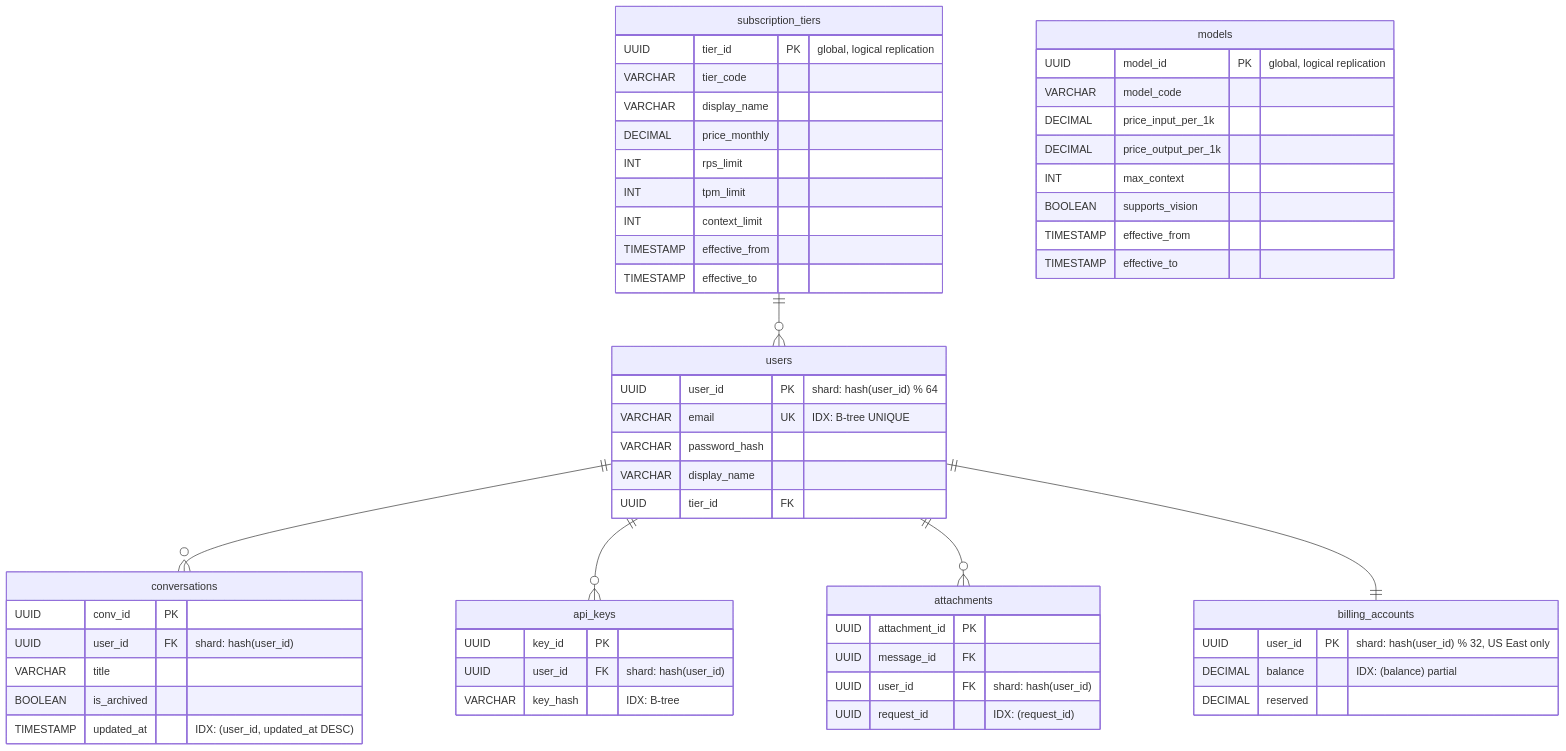
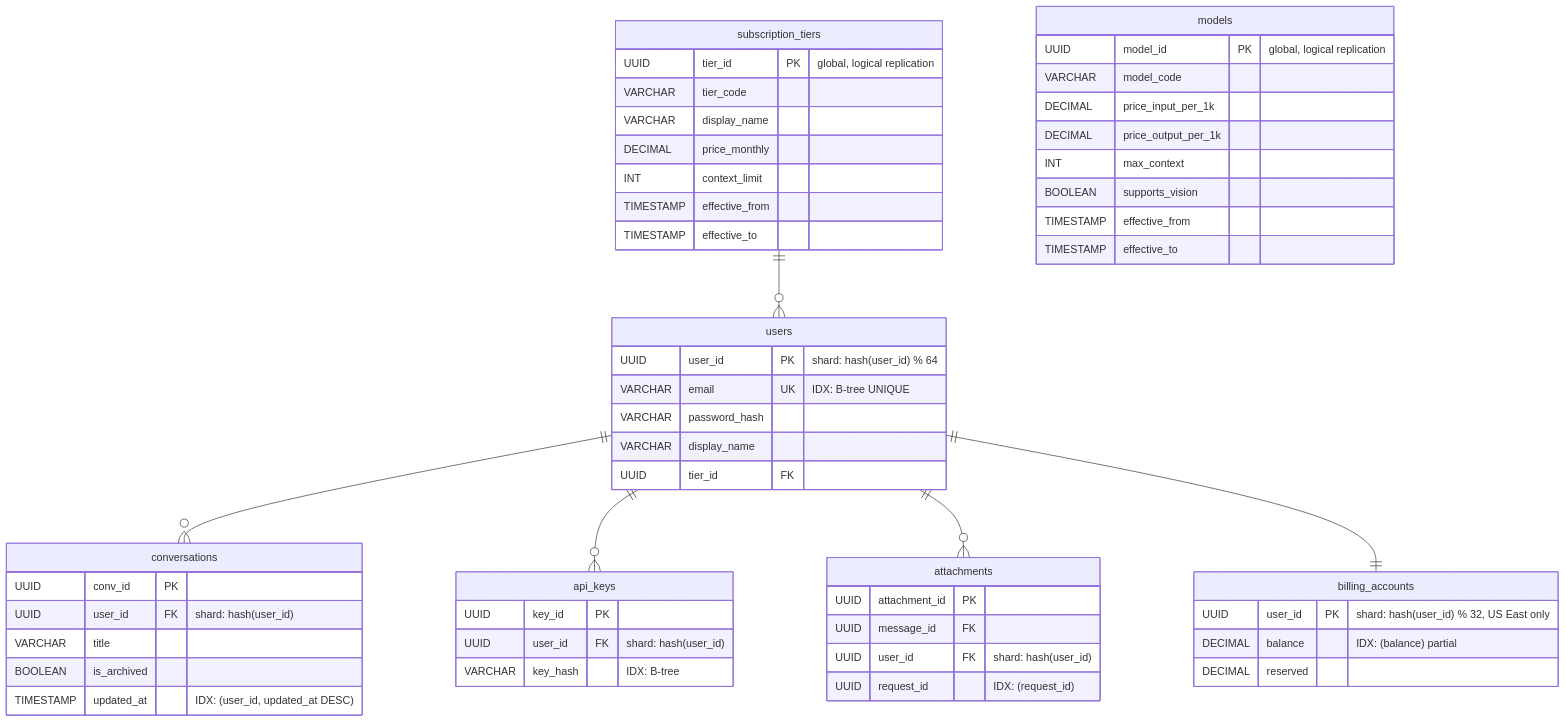
One commit to yaksase/highload_hse changed the fourth of 7 diagrams in README.md. Above: the diagram before and after it, drawn with Mermaid. The commit also changed other lines of this file, not shown here.

````diff
--- a/README.md
+++ b/README.md
@@ -1128,59 +1177,57 @@
 ```mermaid
 erDiagram
     subscription_tiers {
         UUID tier_id PK "global, logical replication"
         VARCHAR tier_code
         VARCHAR display_name
         DECIMAL price_monthly
-        INT rps_limit
-        INT tpm_limit
         INT context_limit
         TIMESTAMP effective_from
         TIMESTAMP effective_to
     }
     models {
         UUID model_id PK "global, logical replication"
         VARCHAR model_code
         DECIMAL price_input_per_1k
         DECIMAL price_output_per_1k
         INT max_context
         BOOLEAN supports_vision
         TIMESTAMP effective_from
         TIMESTAMP effective_to
     }
     users {
         UUID user_id PK "shard: hash(user_id) % 64"
         VARCHAR email UK "IDX: B-tree UNIQUE"
         VARCHAR password_hash
         VARCHAR display_name
         UUID tier_id FK
     }
     conversations {
         UUID conv_id PK
         UUID user_id FK "shard: hash(user_id)"
         VARCHAR title
         BOOLEAN is_archived
         TIMESTAMP updated_at "IDX: (user_id, updated_at DESC)"
     }
     api_keys {
         UUID key_id PK
         UUID user_id FK "shard: hash(user_id)"
         VARCHAR key_hash "IDX: B-tree"
     }
     attachments {
         UUID attachment_id PK
         UUID message_id FK
         UUID user_id FK "shard: hash(user_id)"
         UUID request_id "IDX: (request_id)"
     }
     billing_accounts {
         UUID user_id PK "shard: hash(user_id) % 32, US East only"
         DECIMAL balance "IDX: (balance) partial"
         DECIMAL reserved
     }
     subscription_tiers ||--o{ users : ""
     users ||--o{ conversations : ""
     users ||--o{ api_keys : ""
     users ||--o{ attachments : ""
     users ||--|| billing_accounts : ""
 ```
````
